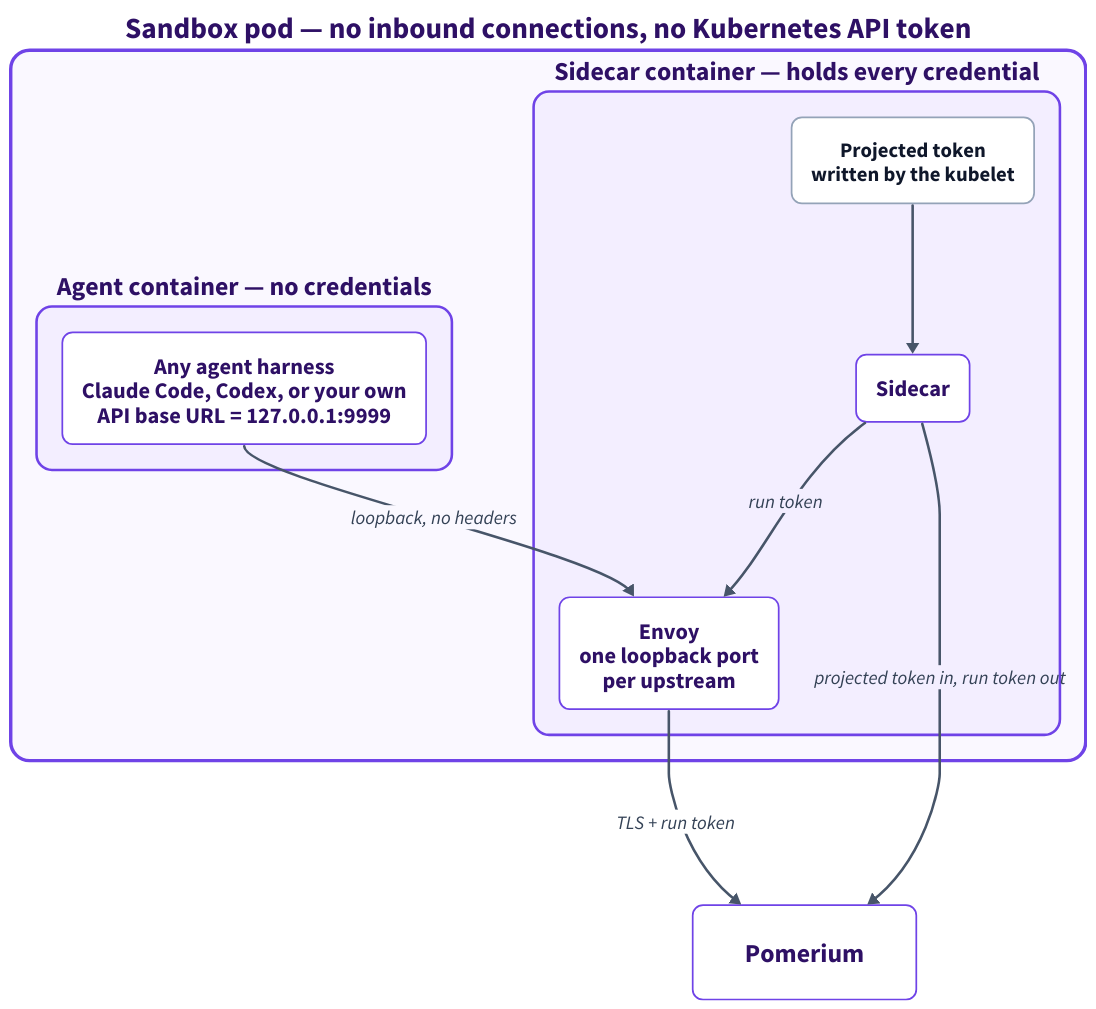
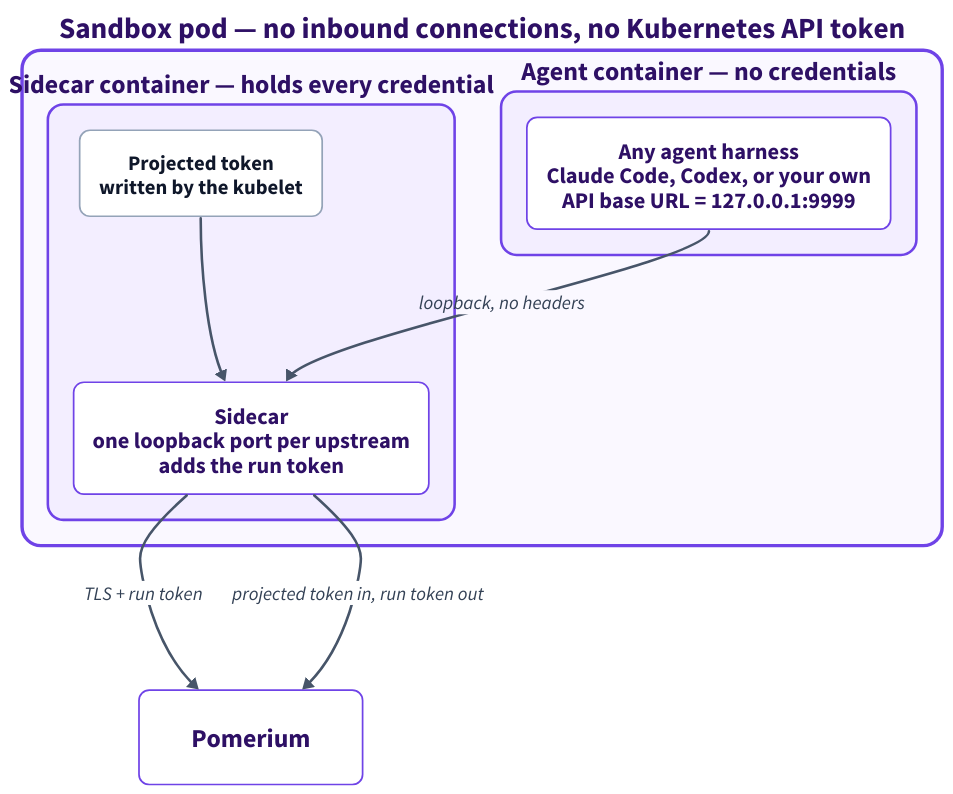
The diagram in content/docs/capabilities/img/agentic-runtime/sandbox-pod.d2 (pomerium/documentation), drawn with D2 before and after one commit. The commit also changed 4 other files, not shown here.

Commit message:
docs: hide envoy as implementation detail, call it the sidecar

```diff
--- a/content/docs/capabilities/img/agentic-runtime/sandbox-pod.d2
+++ b/content/docs/capabilities/img/agentic-runtime/sandbox-pod.d2
@@ -1,100 +1,98 @@
 # The sandbox pod — the credential boundary between the two containers
 #
 # Regenerate:  d2 sandbox-pod.d2 sandbox-pod.svg
 # cSpell:ignore cardplain agentc sidecarc kubelet
 
 direction: down
 
 vars: {
   d2-config: {
     pad: 40
   }
 }
 
 classes: {
   card: {
     shape: rectangle
     style: {
       fill: "#FFFFFF"
       stroke: "#6F43E7"
       stroke-width: 2
       border-radius: 12
       font-size: 26
       bold: true
       font-color: "#2E1065"
     }
   }
   cardplain: {
     shape: rectangle
     style: {
       fill: "#FFFFFF"
       stroke: "#94A3B8"
       stroke-width: 2
       border-radius: 12
       font-size: 24
       font-color: "#0F172A"
     }
   }
   container: {
     style: {
       fill: "#F3EEFF"
       stroke: "#6F43E7"
       stroke-width: 3
       border-radius: 18
       font-size: 30
       bold: true
       font-color: "#2E1065"
     }
   }
   outer: {
     style: {
       fill: "#FAF8FF"
       stroke: "#6F43E7"
       stroke-width: 4
       border-radius: 22
       font-size: 34
       bold: true
       font-color: "#2E1065"
     }
   }
   edge: {
     style: {
       stroke: "#475569"
       stroke-width: 3
       font-size: 22
       font-color: "#334155"
     }
   }
 }
 
 pod: "Sandbox pod — no inbound connections, no Kubernetes API token" {
   class: outer
 
   agentc: "Agent container — no credentials" {
     class: container
 
     agent: "Any agent harness\nClaude Code, Codex, or your own\nAPI base URL = 127.0.0.1:9999" {class: card}
   }
 
   sidecarc: "Sidecar container — holds every credential" {
     class: container
 
     token: "Projected token\nwritten by the kubelet" {class: cardplain}
-    sidecar: "Sidecar" {class: card}
-    envoy: "Envoy\none loopback port\nper upstream" {class: card}
+    sidecar: "Sidecar\none loopback port per upstream\nadds the run token" {class: card}
 
     token -> sidecar {class: edge}
-    sidecar -> envoy: "run token" {class: edge}
   }
 }
 
 pomerium: "Pomerium" {
   class: card
   style.font-size: 30
   width: 260
   height: 110
 }
 
-pod.agentc.agent -> pod.sidecarc.envoy: "loopback, no headers" {class: edge}
-pod.sidecarc.envoy -> pomerium: "TLS + run token" {class: edge}
+pod.agentc.agent -> pod.sidecarc.sidecar: "loopback, no headers" {class: edge}
+pod.sidecarc.sidecar -> pomerium: "TLS + run token" {class: edge}
 pod.sidecarc.sidecar -> pomerium: "projected token in, run token out" {class: edge}
```
